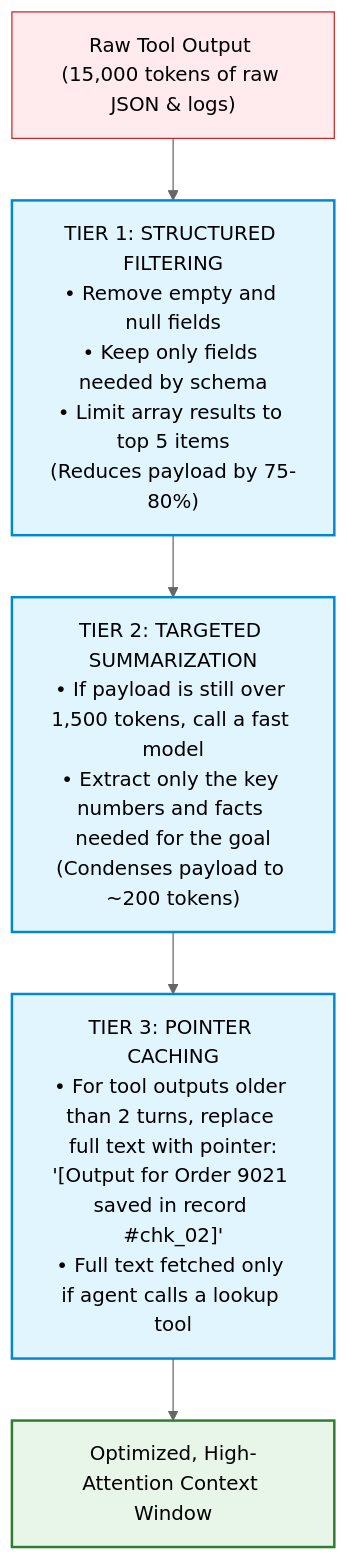
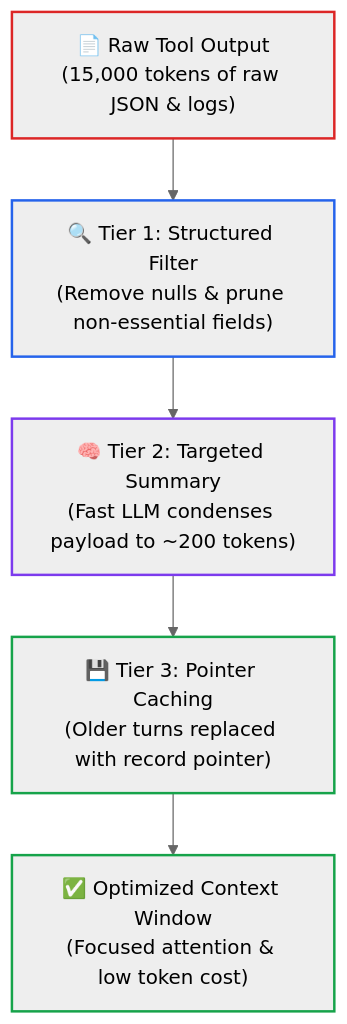
The sixth of 6 diagrams in 04-agentic-systems-and-orchestration/03-stateful-sessions-and-durable-wal-persistence.md (dip4k/senior-engineer-to-ai-engineer-roadmap), drawn with Mermaid (neutral theme) before and after one commit. The commit also changed other lines of this file and 94 other files, not shown here.

Commit message:
refactor(curriculum): complete Phase 04 upgrade and enforce diagram renderer invariants

````diff
--- a/04-agentic-systems-and-orchestration/03-stateful-sessions-and-durable-wal-persistence.md
+++ b/04-agentic-systems-and-orchestration/03-stateful-sessions-and-durable-wal-persistence.md
@@ -210,16 +244,15 @@
 ```mermaid
 flowchart TD
-    classDef raw fill:#ffebee,stroke:#c62828,stroke-width:1px;
-    classDef clean fill:#e1f5fe,stroke:#0288d1,stroke-width:2px;
-    classDef out fill:#e8f5e9,stroke:#2e7d32,stroke-width:2px;
+    Raw["📄 Raw Tool Output<br>(15,000 tokens of raw JSON & logs)"]
+    
+    --> T1["🔍 Tier 1: Structured Filter<br>(Remove nulls & prune non-essential fields)"]
+    --> T2["🧠 Tier 2: Targeted Summary<br>(Fast LLM condenses payload to ~200 tokens)"]
+    --> T3["💾 Tier 3: Pointer Caching<br>(Older turns replaced with record pointer)"]
+    --> Clean["✅ Optimized Context Window<br>(Focused attention & low token cost)"]
 
-    Raw["Raw Tool Output (15,000 tokens of raw JSON & logs)"]:::raw
-    
-    --> T1["TIER 1: STRUCTURED FILTERING\n• Remove empty and null fields\n• Keep only fields needed by schema\n• Limit array results to top 5 items\n(Reduces payload by 75-80%)"]:::clean
-    
-    --> T2["TIER 2: TARGETED SUMMARIZATION\n• If payload is still over 1,500 tokens, call a fast model\n• Extract only the key numbers and facts needed for the goal\n(Condenses payload to ~200 tokens)"]:::clean
-    
-    --> T3["TIER 3: POINTER CACHING\n• For tool outputs older than 2 turns, replace full text with pointer:\n'[Output for Order 9021 saved in record #chk_02]'\n• Full text fetched only if agent calls a lookup tool"]:::clean
-    
-    --> Clean["Optimized, High-Attention Context Window"]:::out
+    style Raw stroke:#dc2626,stroke-width:2px
+    style T1 stroke:#2563eb,stroke-width:2px
+    style T2 stroke:#7c3aed,stroke-width:2px
+    style T3 stroke:#16a34a,stroke-width:2px
+    style Clean stroke:#16a34a,stroke-width:2px
 ```
````
